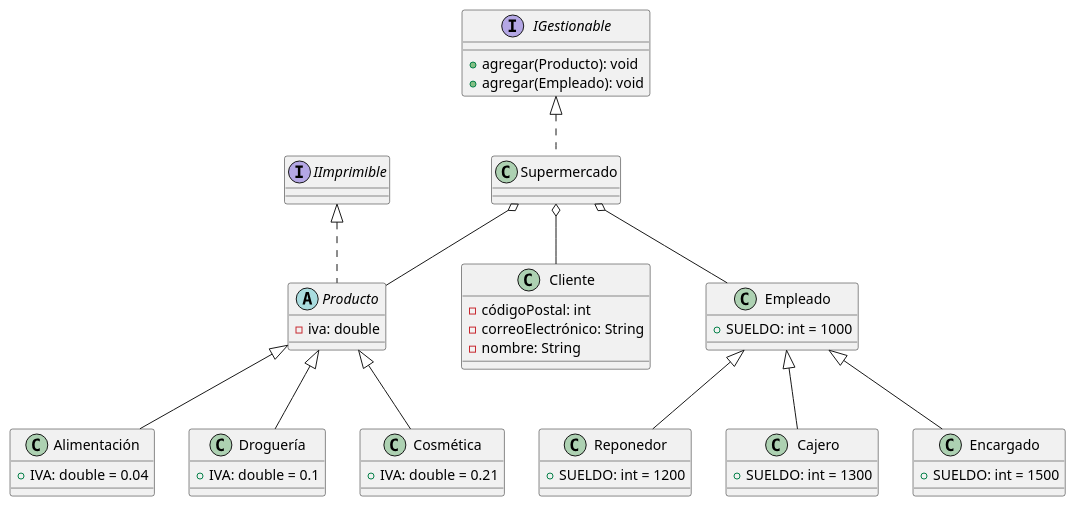
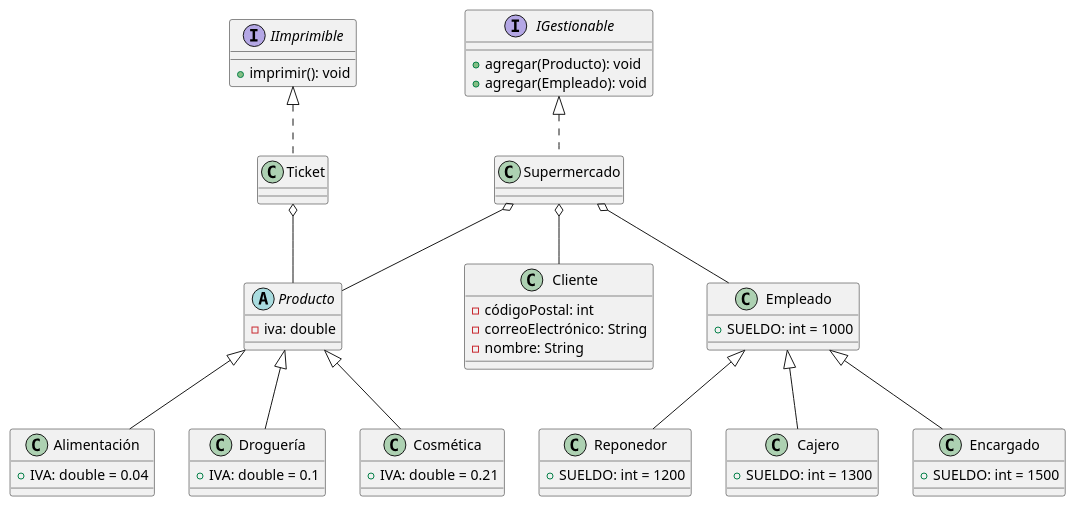
The diagram in diseño/MercaDAW.pu (RaulGoFer/MercaDAW), drawn with PlantUML before and after one commit.

Commit message:
diseño finalizado

```diff
--- a/diseño/MercaDAW.pu
+++ b/diseño/MercaDAW.pu
@@ -1,66 +1,72 @@
 @startuml
 
 class Supermercado{
     
 }
 
 class Cliente{
     - códigoPostal: int
     - correoElectrónico: String
     - nombre: String
 }
 
 abstract class Producto{
     - iva: double
 }
 
 class Alimentación{
     + IVA: double = 0.04   
 }
 
 class Droguería{
     + IVA: double = 0.1    
 }
 
 class Cosmética{
     + IVA: double = 0.21    
 }
 
 class Empleado{
     + SUELDO: int = 1000
 }
 
 class Reponedor{
     + SUELDO: int = 1200
 }
 
 class Cajero{
     + SUELDO: int = 1300
 }
 
 class Encargado{
     + SUELDO: int = 1500   
 }
 
+class Ticket{
+ 
+}
+
 interface IGestionable{
 	+ agregar(Producto): void
     + agregar(Empleado): void
 }
 
 interface IImprimible{
-    
+    + imprimir(): void
 }
 
 Supermercado o-- Producto
 Supermercado o-- Empleado
 Supermercado o-- Cliente
+Ticket o-- Producto
 Producto <|-- Alimentación
 Producto <|-- Droguería
 Producto <|-- Cosmética
 Empleado <|-- Reponedor
 Empleado <|-- Cajero
 Empleado <|-- Encargado
 IGestionable <|.. Supermercado
-IImprimible <|.. Producto
+IImprimible <|.. Ticket
+
 
 @enduml
```
